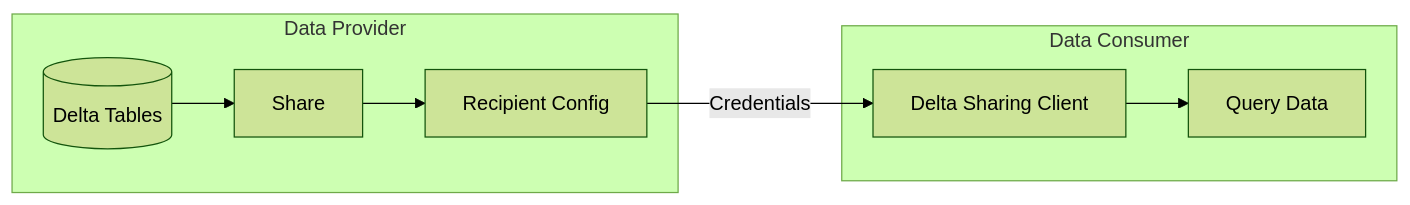
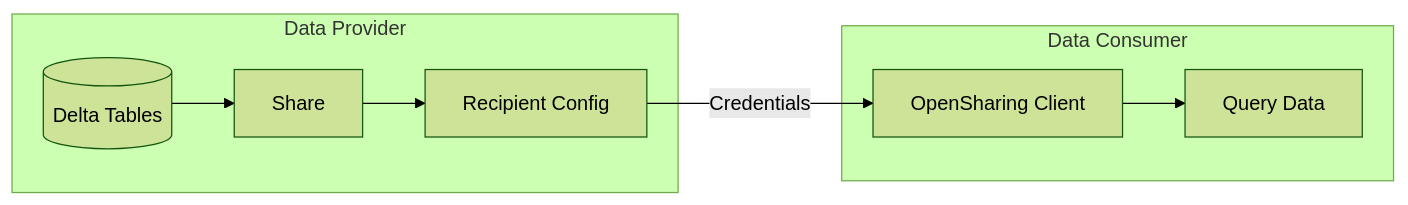
The first of 4 diagrams in certifications/data-engineer-professional/02-data-ingestion-and-acquisition/06-opensharing.md (kengio/databricks-certification-study-guide), drawn with Mermaid (forest theme) before and after one commit. The commit also changed other lines of this file and 54 other files, not shown here.

````diff
--- a/certifications/data-engineer-professional/02-data-ingestion-and-acquisition/06-opensharing.md
+++ b/certifications/data-engineer-professional/02-data-ingestion-and-acquisition/06-opensharing.md
@@ -17,18 +17,18 @@
 ```mermaid
 flowchart LR
     subgraph Provider["Data Provider"]
         Data[(Delta Tables)]
         Share[Share]
         Recipient[Recipient Config]
     end
 
     subgraph Consumer["Data Consumer"]
-        Client[Delta Sharing Client]
+        Client[OpenSharing Client]
         Query[Query Data]
     end
 
     Data --> Share
     Share --> Recipient
     Recipient --> |Credentials| Client
     Client --> Query
 ```
````
